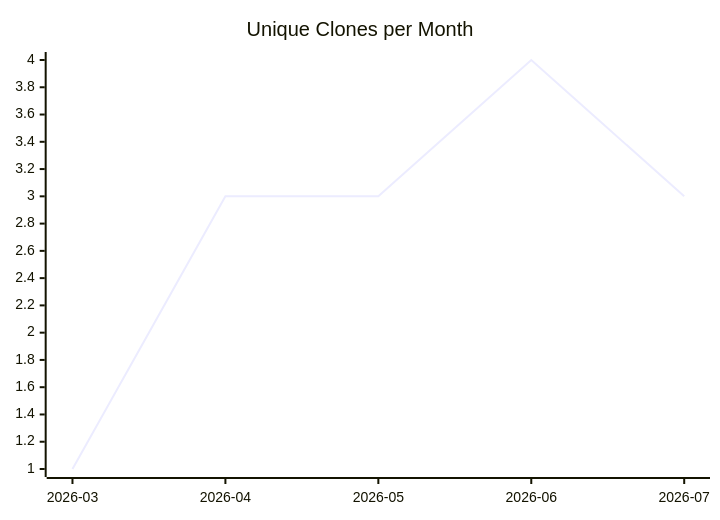
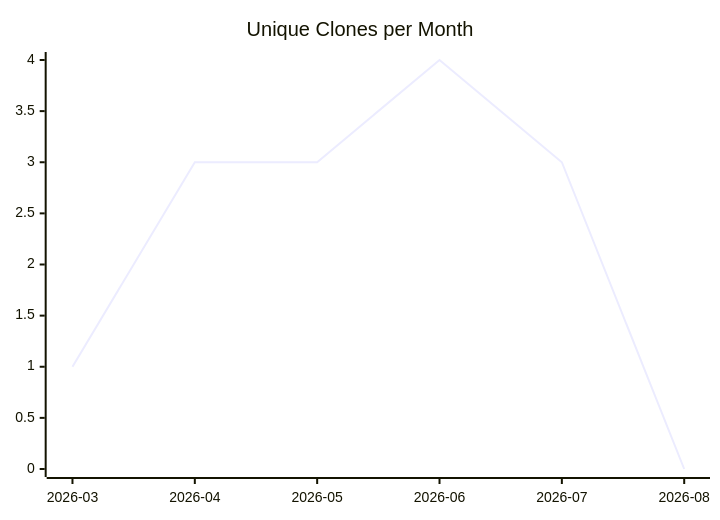
One commit to justdavis-family/github-analytics-data changed the third of 3 diagrams in karlmdavis/ansible-jenkins/README.md. Above: the diagram before and after it, drawn with Mermaid. The commit also changed other lines of this file and 132 other files, not shown here.

````diff
--- a/karlmdavis/ansible-jenkins/README.md
+++ b/karlmdavis/ansible-jenkins/README.md
@@ -19,6 +19,6 @@
 ```mermaid
 xychart-beta
   title "Unique Clones per Month"
-  x-axis ["2026-03", "2026-04", "2026-05", "2026-06", "2026-07"]
-  line [1, 3, 3, 4, 3]
+  x-axis ["2026-03", "2026-04", "2026-05", "2026-06", "2026-07", "2026-08"]
+  line [1, 3, 3, 4, 3, 0]
 ```
````
